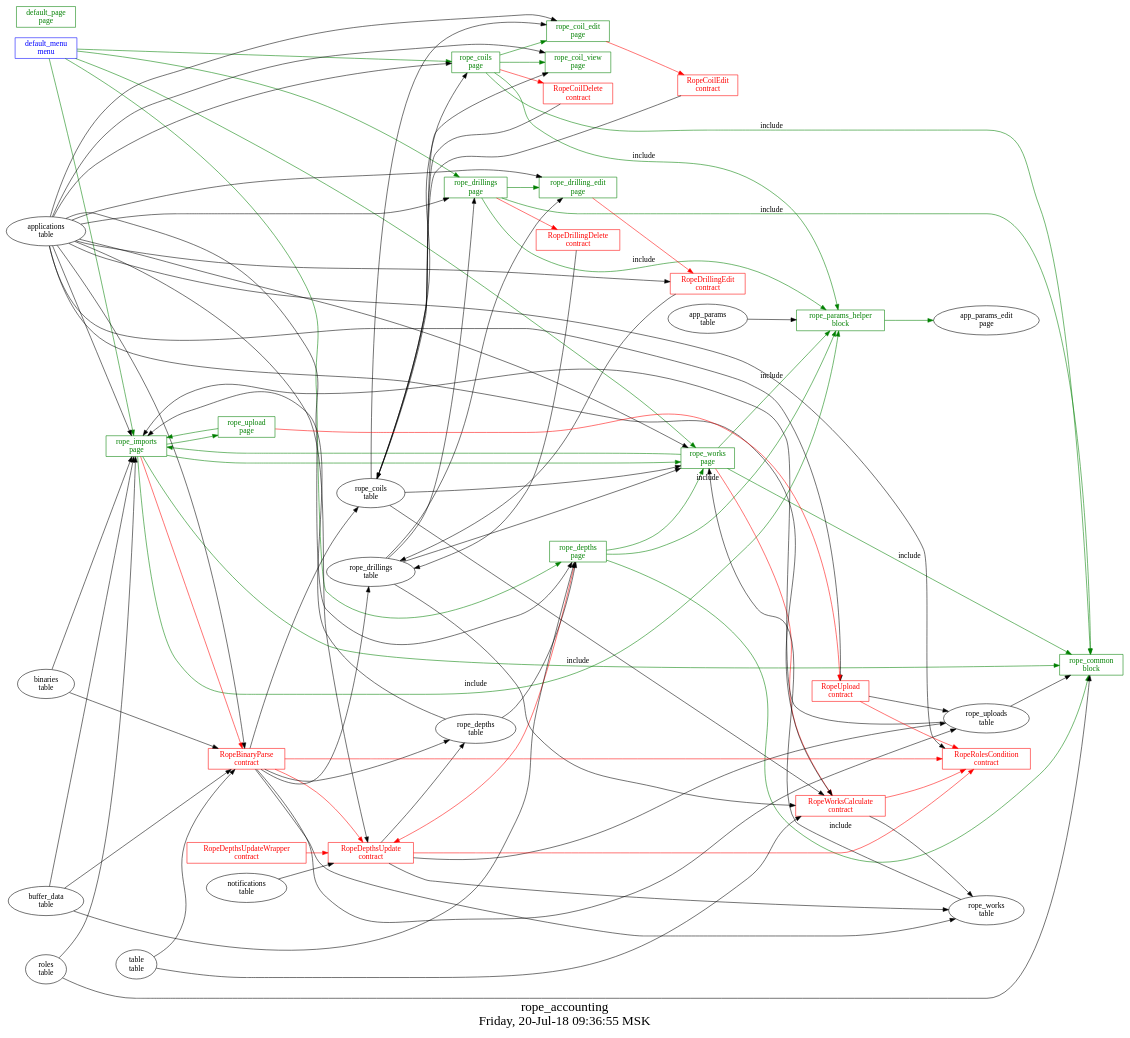
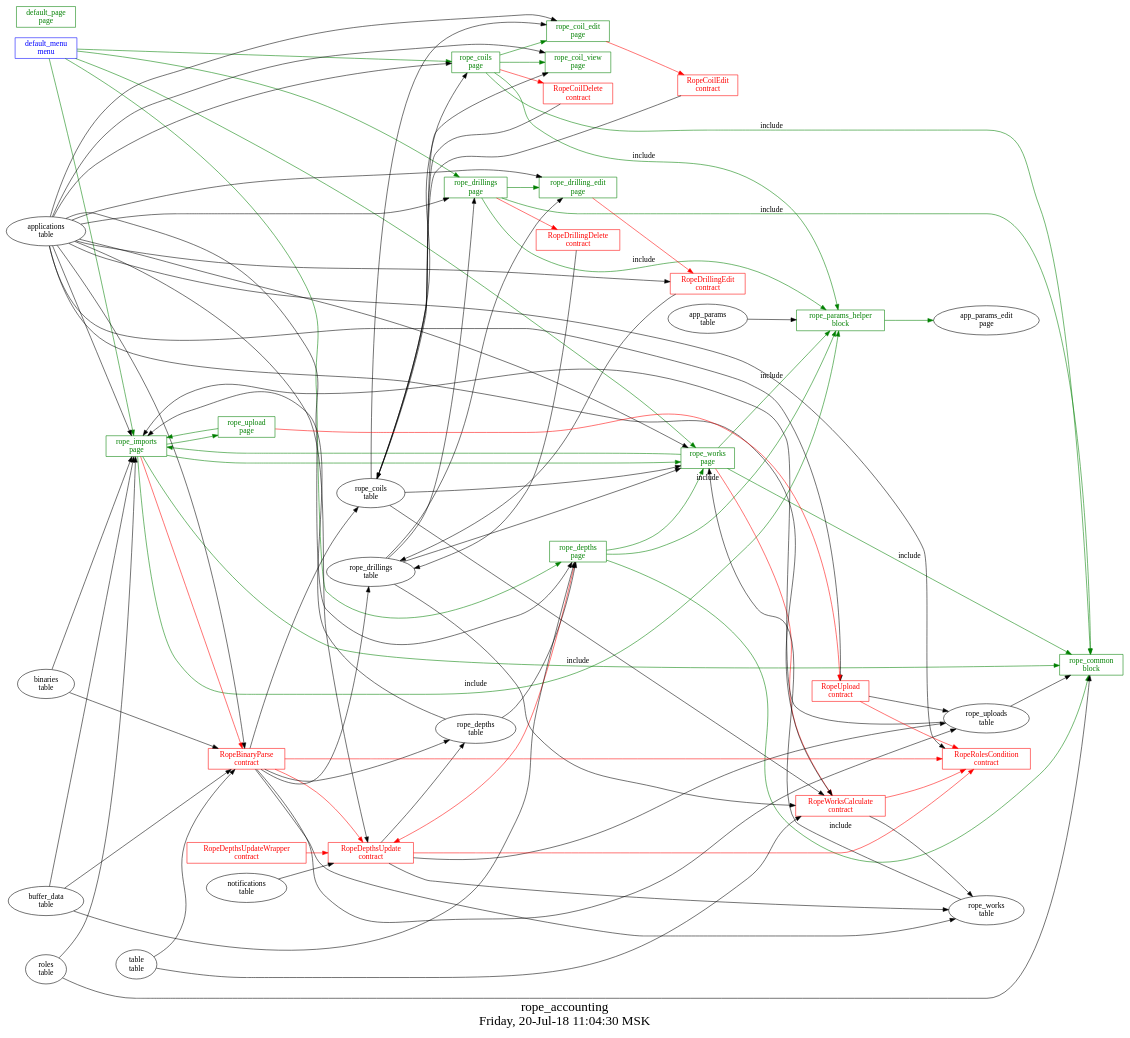
The diagram in src/rope_accounting/struct.dot (AplaProject/apps), drawn with Graphviz before and after one commit. The commit also changed 2 other files, not shown here.

```diff
--- a/src/rope_accounting/struct.dot
+++ b/src/rope_accounting/struct.dot
@@ -1,129 +1,127 @@
 digraph G {
-graph [
-  fontsize="24";
-  label="rope_accounting\nFriday, 20-Jul-18 09:36:55 MSK";
-  nojustify=true;
-  ordering=out;
-  rankdir=LR;
-  size="30";
-];
+fontsize="24";
+label="rope_accounting\nFriday, 20-Jul-18 11:04:30 MSK";
+nojustify=true;
+ordering=out;
+rankdir=LR;
+size="30";
 "default_menu\nmenu" -> "rope_imports\npage"  [ color=green ]
 "default_menu\nmenu" -> "rope_works\npage"  [ color=green ]
 "default_menu\nmenu" -> "rope_depths\npage"  [ color=green ]
 "default_menu\nmenu" -> "rope_drillings\npage"  [ color=green ]
 "default_menu\nmenu" -> "rope_coils\npage"  [ color=green ]
 "default_menu\nmenu" [color=blue, fontcolor=blue, group=menus, shape=record];
 "default_page\npage" [color=green, fontcolor=green, group=pages, shape=record];
 "rope_coil_edit\npage" -> "RopeCoilEdit\ncontract"  [ color=red ]
 "applications\ntable" -> "rope_coil_edit\npage"
 "rope_coils\ntable" -> "rope_coil_edit\npage"
 "rope_coil_edit\npage" [color=green, fontcolor=green, group=pages, shape=record];
 "applications\ntable" -> "rope_coil_view\npage"
 "rope_coils\ntable" -> "rope_coil_view\npage"
 "rope_coil_view\npage" [color=green, fontcolor=green, group=pages, shape=record];
 "rope_coils\npage" -> "RopeCoilDelete\ncontract"  [ color=red ]
 "applications\ntable" -> "rope_coils\npage"
 "rope_coils\ntable" -> "rope_coils\npage"
 "rope_coils\npage" -> "rope_coil_edit\npage"  [ color=green ]
 "rope_coils\npage" -> "rope_coil_view\npage"  [ color=green ]
 "rope_coils\npage" -> "rope_common\nblock"  [ color=green, label=include ]
 "rope_coils\npage" -> "rope_params_helper\nblock"  [ color=green, label=include ]
 "rope_coils\npage" [color=green, fontcolor=green, group=pages, shape=record];
 "rope_depths\npage" -> "RopeDepthsUpdate\ncontract"  [ color=red ]
 "applications\ntable" -> "rope_depths\npage"
 "rope_depths\ntable" -> "rope_depths\npage"
 "buffer_data\ntable" -> "rope_depths\npage"
 "rope_depths\npage" -> "rope_works\npage"  [ color=green ]
 "rope_depths\npage" -> "rope_common\nblock"  [ color=green, label=include ]
 "rope_depths\npage" -> "rope_params_helper\nblock"  [ color=green, label=include ]
 "rope_depths\npage" [color=green, fontcolor=green, group=pages, shape=record];
 "rope_drilling_edit\npage" -> "RopeDrillingEdit\ncontract"  [ color=red ]
 "applications\ntable" -> "rope_drilling_edit\npage"
 "rope_drillings\ntable" -> "rope_drilling_edit\npage"
 "rope_drilling_edit\npage" [color=green, fontcolor=green, group=pages, shape=record];
 "rope_drillings\npage" -> "RopeDrillingDelete\ncontract"  [ color=red ]
 "applications\ntable" -> "rope_drillings\npage"
 "rope_drillings\ntable" -> "rope_drillings\npage"
 "rope_drillings\npage" -> "rope_drilling_edit\npage"  [ color=green ]
 "rope_drillings\npage" -> "rope_common\nblock"  [ color=green, label=include ]
 "rope_drillings\npage" -> "rope_params_helper\nblock"  [ color=green, label=include ]
 "rope_drillings\npage" [color=green, fontcolor=green, group=pages, shape=record];
 "rope_imports\npage" -> "RopeBinaryParse\ncontract"  [ color=red ]
 "applications\ntable" -> "rope_imports\npage"
 "roles\ntable" -> "rope_imports\npage"
 "rope_uploads\ntable" -> "rope_imports\npage"
 "binaries\ntable" -> "rope_imports\npage"
 "rope_depths\ntable" -> "rope_imports\npage"
 "buffer_data\ntable" -> "rope_imports\npage"
 "rope_imports\npage" -> "rope_upload\npage"  [ color=green ]
 "rope_imports\npage" -> "rope_works\npage"  [ color=green ]
 "rope_imports\npage" -> "rope_common\nblock"  [ color=green, label=include ]
 "rope_imports\npage" -> "rope_params_helper\nblock"  [ color=green, label=include ]
 "rope_imports\npage" [color=green, fontcolor=green, group=pages, shape=record];
 "rope_upload\npage" -> "RopeUpload\ncontract"  [ color=red ]
 "rope_upload\npage" -> "rope_imports\npage"  [ color=green ]
 "rope_upload\npage" [color=green, fontcolor=green, group=pages, shape=record];
 "rope_works\npage" -> "RopeWorksCalculate\ncontract"  [ color=red ]
 "applications\ntable" -> "rope_works\npage"
 "rope_works\ntable" -> "rope_works\npage"
 "rope_drillings\ntable" -> "rope_works\npage"
 "rope_coils\ntable" -> "rope_works\npage"
 "rope_works\npage" -> "rope_imports\npage"  [ color=green ]
 "rope_works\npage" -> "rope_common\nblock"  [ color=green, label=include ]
 "rope_works\npage" -> "rope_params_helper\nblock"  [ color=green, label=include ]
 "rope_works\npage" [color=green, fontcolor=green, group=pages, shape=record];
 "roles\ntable" -> "rope_common\nblock"
 "rope_uploads\ntable" -> "rope_common\nblock"
 "rope_common\nblock" [color=green, fontcolor=green, group=blocks, shape=record];
 "app_params\ntable" -> "rope_params_helper\nblock"
 "rope_params_helper\nblock" -> "app_params_edit\npage"  [ color=green ]
 "rope_params_helper\nblock" [color=green, fontcolor=green, group=blocks, shape=record];
 "RopeBinaryParse\ncontract" -> "RopeDepthsUpdate\ncontract"  [ color=red ]
 "RopeBinaryParse\ncontract" -> "RopeRolesCondition\ncontract"  [ color=red ]
 "RopeBinaryParse\ncontract" -> "rope_coils\ntable"  [ color="" ]
 "RopeBinaryParse\ncontract" -> "rope_drillings\ntable"  [ color="" ]
 "RopeBinaryParse\ncontract" -> "rope_works\ntable"  [ color="" ]
 "RopeBinaryParse\ncontract" -> "rope_depths\ntable"  [ color="" ]
 "RopeBinaryParse\ncontract" -> "rope_uploads\ntable"  [ color="" ]
 "table\ntable" -> "RopeBinaryParse\ncontract"
 "buffer_data\ntable" -> "RopeBinaryParse\ncontract"
 "binaries\ntable" -> "RopeBinaryParse\ncontract"
 "applications\ntable" -> "RopeBinaryParse\ncontract"
 "RopeBinaryParse\ncontract" [color=red, fontcolor=red, group=contracts, shape=record];
 "RopeCoilDelete\ncontract" -> "rope_coils\ntable"  [ color="" ]
 "RopeCoilDelete\ncontract" [color=red, fontcolor=red, group=contracts, shape=record];
 "RopeCoilEdit\ncontract" -> "rope_coils\ntable"  [ color="" ]
 "RopeCoilEdit\ncontract" [color=red, fontcolor=red, group=contracts, shape=record];
 "RopeDepthsUpdate\ncontract" -> "RopeRolesCondition\ncontract"  [ color=red ]
 "RopeDepthsUpdate\ncontract" -> "rope_uploads\ntable"  [ color="" ]
 "RopeDepthsUpdate\ncontract" -> "rope_works\ntable"  [ color="" ]
 "RopeDepthsUpdate\ncontract" -> "rope_depths\ntable"  [ color="" ]
 "notifications\ntable" -> "RopeDepthsUpdate\ncontract"
 "applications\ntable" -> "RopeDepthsUpdate\ncontract"
 "RopeDepthsUpdate\ncontract" [color=red, fontcolor=red, group=contracts, shape=record];
 "RopeDepthsUpdateWrapper\ncontract" -> "RopeDepthsUpdate\ncontract"  [ color=red ]
 "RopeDepthsUpdateWrapper\ncontract" [color=red, fontcolor=red, group=contracts, shape=record];
 "RopeDrillingDelete\ncontract" -> "rope_drillings\ntable"  [ color="" ]
 "RopeDrillingDelete\ncontract" [color=red, fontcolor=red, group=contracts, shape=record];
 "RopeDrillingEdit\ncontract" -> "rope_drillings\ntable"  [ color="" ]
 "applications\ntable" -> "RopeDrillingEdit\ncontract"
 "RopeDrillingEdit\ncontract" [color=red, fontcolor=red, group=contracts, shape=record];
 "applications\ntable" -> "RopeRolesCondition\ncontract"
 "RopeRolesCondition\ncontract" [color=red, fontcolor=red, group=contracts, shape=record];
 "RopeUpload\ncontract" -> "RopeRolesCondition\ncontract"  [ color=red ]
 "RopeUpload\ncontract" -> "rope_uploads\ntable"  [ color="" ]
 "applications\ntable" -> "RopeUpload\ncontract"
 "RopeUpload\ncontract" [color=red, fontcolor=red, group=contracts, shape=record];
 "RopeWorksCalculate\ncontract" -> "RopeRolesCondition\ncontract"  [ color=red ]
 "RopeWorksCalculate\ncontract" -> "rope_works\ntable"  [ color="" ]
 "table\ntable" -> "RopeWorksCalculate\ncontract"
 "applications\ntable" -> "RopeWorksCalculate\ncontract"
 "rope_coils\ntable" -> "RopeWorksCalculate\ncontract"
 "rope_drillings\ntable" -> "RopeWorksCalculate\ncontract"
 "RopeWorksCalculate\ncontract" [color=red, fontcolor=red, group=contracts, shape=record];
 "rope_coils\ntable" [color="", fontcolor="", group=tables, shape=""];
 "rope_depths\ntable" [color="", fontcolor="", group=tables, shape=""];
 "rope_drillings\ntable" [color="", fontcolor="", group=tables, shape=""];
 "rope_uploads\ntable" [color="", fontcolor="", group=tables, shape=""];
 "rope_works\ntable" [color="", fontcolor="", group=tables, shape=""];
 }
```
